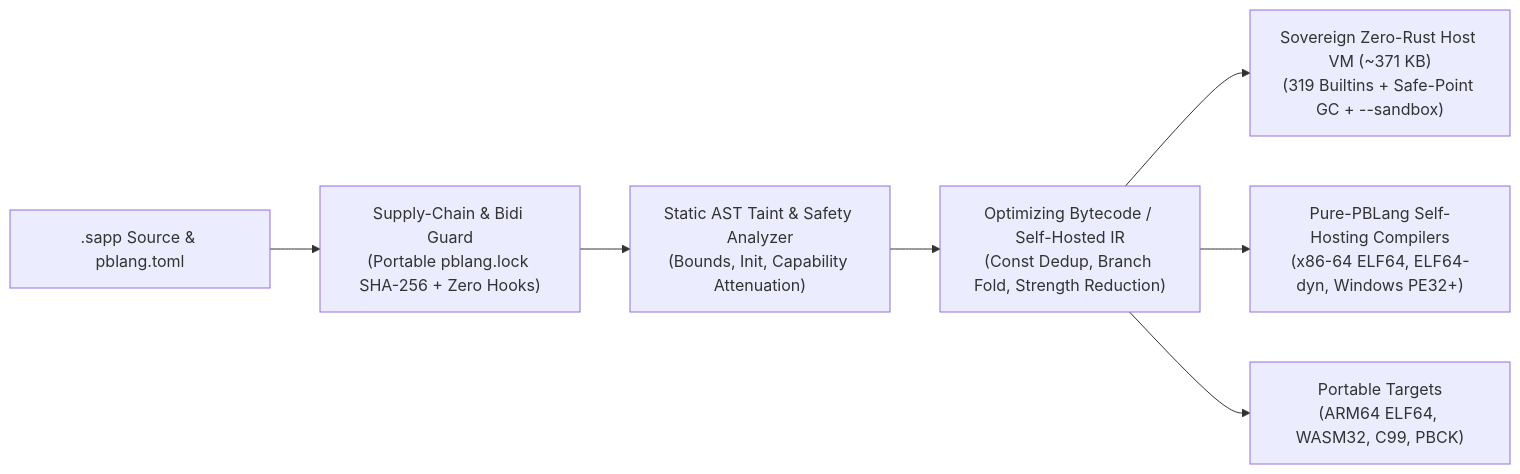
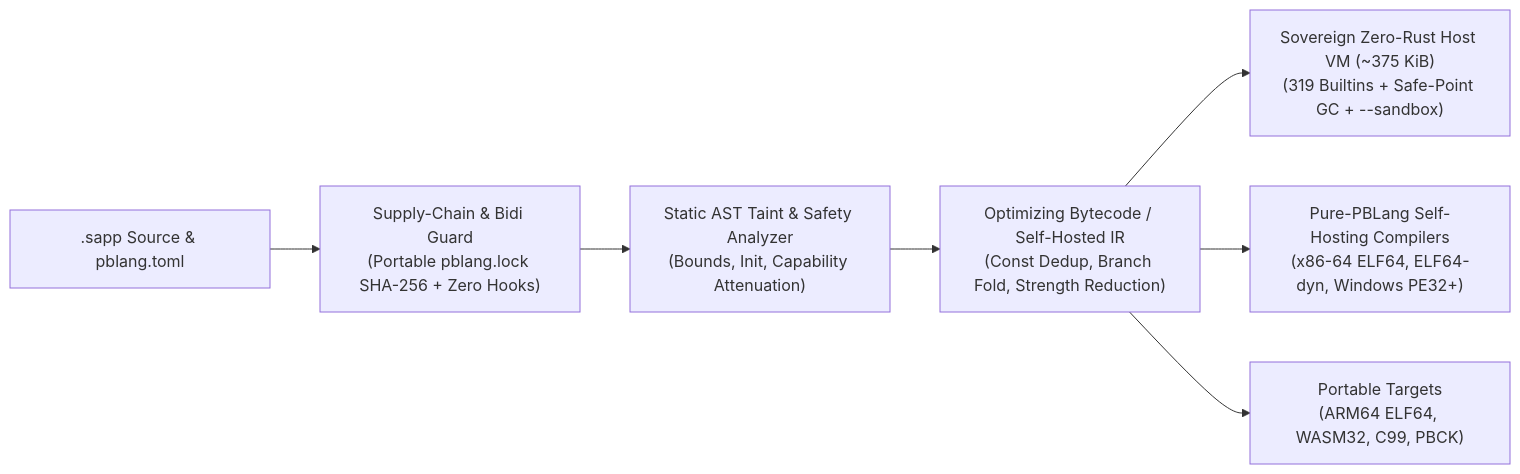
One commit to PanosBiazis/pblang changed the diagram in README.md. Above: the diagram before and after it, drawn with Mermaid. The commit also changed other lines of this file and 37 other files, not shown here.

Commit message:
docs(v2.0.0): align versions, descriptions, links, safety traps, and Sovereign Zero-Rust CI

````diff
--- a/README.md
+++ b/README.md
@@ -163,9 +163,9 @@
 ```mermaid
 flowchart LR
     A[".sapp Source & pblang.toml"] --> B["Supply-Chain & Bidi Guard\n(Portable pblang.lock SHA-256 + Zero Hooks)"]
     B --> C["Static AST Taint & Safety Analyzer\n(Bounds, Init, Capability Attenuation)"]
     C --> D["Optimizing Bytecode / Self-Hosted IR\n(Const Dedup, Branch Fold, Strength Reduction)"]
-    D --> E1["Sovereign Zero-Rust Host VM (~371 KB)\n(319 Builtins + Safe-Point GC + --sandbox)"]
+    D --> E1["Sovereign Zero-Rust Host VM (~375 KiB)\n(319 Builtins + Safe-Point GC + --sandbox)"]
     D --> E2["Pure-PBLang Self-Hosting Compilers\n(x86-64 ELF64, ELF64-dyn, Windows PE32+)"]
     D --> E3["Portable Targets\n(ARM64 ELF64, WASM32, C99, PBCK)"]
 ```
````
